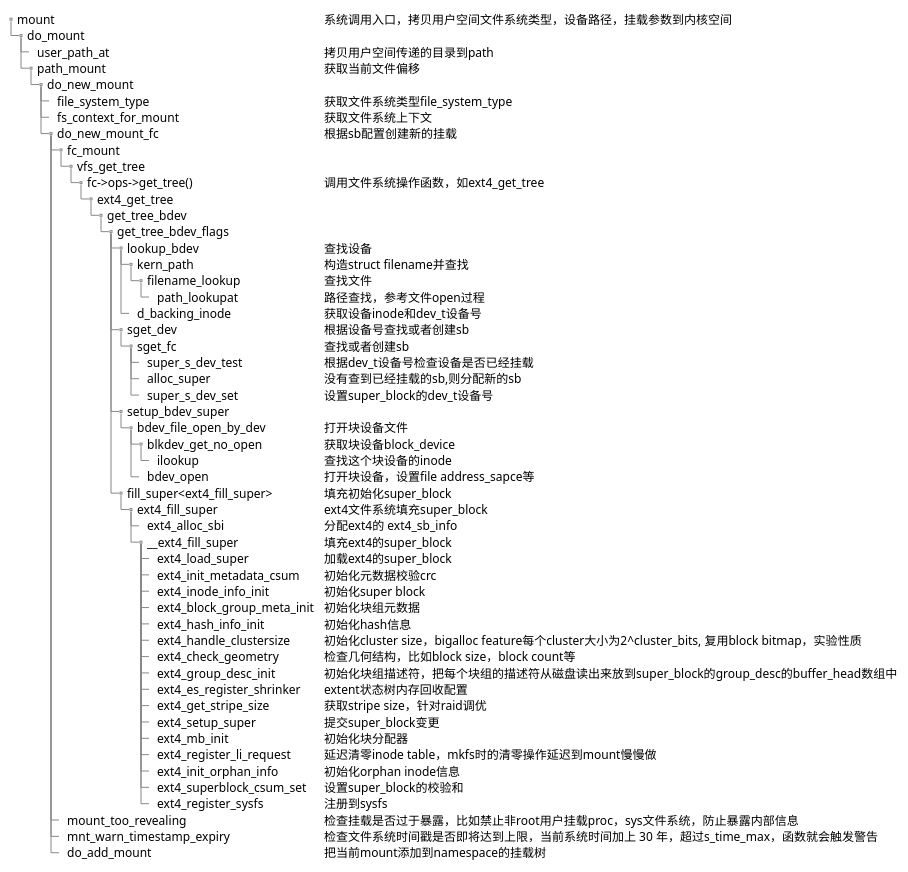
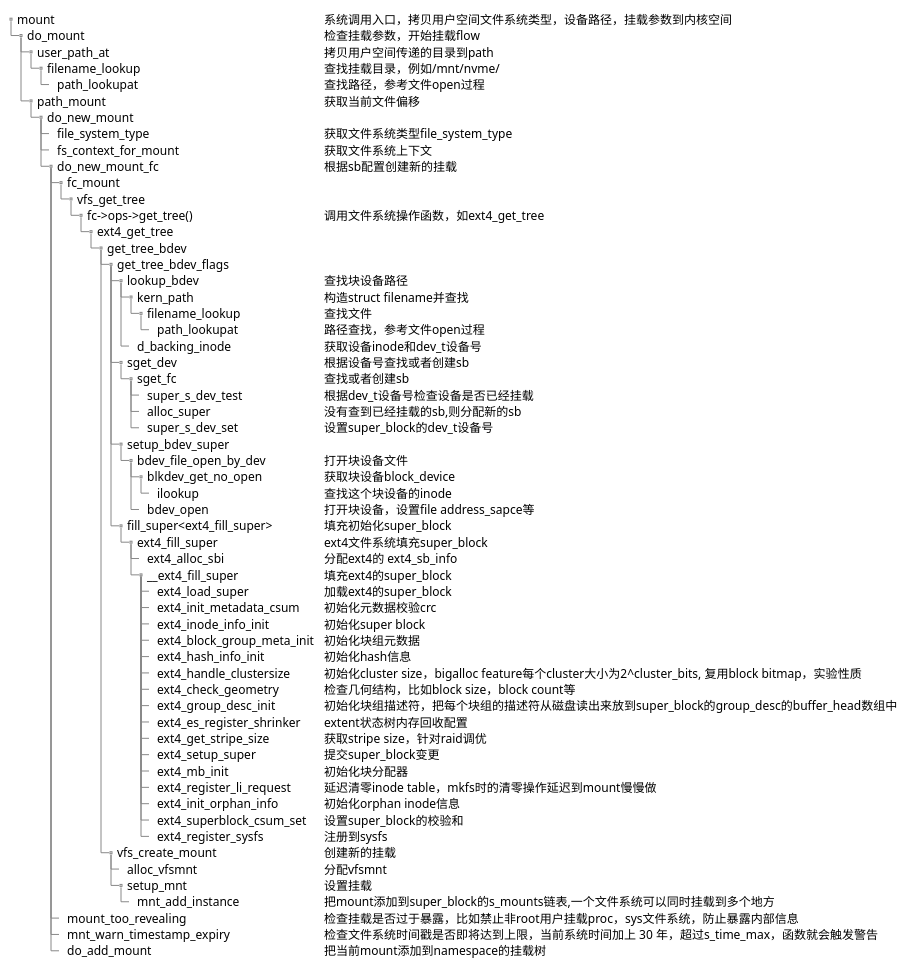
One commit to hml1006/linux-comment changed the fourth of 4 diagrams in notes/fs.md. Above: the diagram before and after it, drawn with PlantUML.

Commit message:
更新挂载文档

````diff
--- a/notes/fs.md
+++ b/notes/fs.md
@@ -413,60 +413,66 @@
 ```plantuml
 @startsalt
 {{T
 + mount | 系统调用入口，拷贝用户空间文件系统类型，设备路径，挂载参数到内核空间
-++ do_mount
+++ do_mount | 检查挂载参数，开始挂载flow
 +++ user_path_at    | 拷贝用户空间传递的目录到path
+++++ filename_lookup | 查找挂载目录，例如/mnt/nvme/
++++++ path_lookupat   | 查找路径，参考文件open过程
 +++ path_mount | 获取当前文件偏移
 ++++ do_new_mount
 +++++ file_system_type | 获取文件系统类型file_system_type
 +++++ fs_context_for_mount | 获取文件系统上下文
 +++++ do_new_mount_fc   | 根据sb配置创建新的挂载
 ++++++ fc_mount
 +++++++ vfs_get_tree
 ++++++++ fc->ops->get_tree()    | 调用文件系统操作函数，如ext4_get_tree
 +++++++++ ext4_get_tree
 ++++++++++ get_tree_bdev
 +++++++++++ get_tree_bdev_flags
-++++++++++++ lookup_bdev    | 查找设备
+++++++++++++ lookup_bdev    | 查找块设备路径
 +++++++++++++ kern_path | 构造struct filename并查找
 ++++++++++++++ filename_lookup | 查找文件
 +++++++++++++++ path_lookupat | 路径查找，参考文件open过程
 +++++++++++++ d_backing_inode | 获取设备inode和dev_t设备号
 ++++++++++++ sget_dev       | 根据设备号查找或者创建sb
 +++++++++++++ sget_fc       | 查找或者创建sb
 ++++++++++++++ super_s_dev_test | 根据dev_t设备号检查设备是否已经挂载
 ++++++++++++++ alloc_super | 没有查到已经挂载的sb,则分配新的sb
 ++++++++++++++ super_s_dev_set | 设置super_block的dev_t设备号
 ++++++++++++ setup_bdev_super
 +++++++++++++ bdev_file_open_by_dev | 打开块设备文件
 ++++++++++++++ blkdev_get_no_open   | 获取块设备block_device
 +++++++++++++++ ilookup  | 查找这个块设备的inode
 ++++++++++++++ bdev_open    | 打开块设备，设置file address_sapce等
 ++++++++++++ fill_super<ext4_fill_super> | 填充初始化super_block
 +++++++++++++ ext4_fill_super   | ext4文件系统填充super_block
 ++++++++++++++ ext4_alloc_sbi | 分配ext4的 ext4_sb_info
 ++++++++++++++ __ext4_fill_super | 填充ext4的super_block
 +++++++++++++++ ext4_load_super | 加载ext4的super_block
 +++++++++++++++ ext4_init_metadata_csum | 初始化元数据校验crc
 +++++++++++++++ ext4_inode_info_init    | 初始化super block
 +++++++++++++++ ext4_block_group_meta_init | 初始化块组元数据
 +++++++++++++++ ext4_hash_info_init | 初始化hash信息
 +++++++++++++++ ext4_handle_clustersize | 初始化cluster size，bigalloc feature每个cluster大小为2^cluster_bits, 复用block bitmap，实验性质
 +++++++++++++++ ext4_check_geometry | 检查几何结构，比如block size，block count等
 +++++++++++++++ ext4_group_desc_init | 初始化块组描述符，把每个块组的描述符从磁盘读出来放到super_block的group_desc的buffer_head数组中
 +++++++++++++++ ext4_es_register_shrinker | extent状态树内存回收配置
 +++++++++++++++ ext4_get_stripe_size | 获取stripe size，针对raid调优
 +++++++++++++++ ext4_setup_super | 提交super_block变更
 +++++++++++++++ ext4_mb_init | 初始化块分配器
 +++++++++++++++ ext4_register_li_request | 延迟清零inode table，mkfs时的清零操作延迟到mount慢慢做
 +++++++++++++++ ext4_init_orphan_info | 初始化orphan inode信息
 +++++++++++++++ ext4_superblock_csum_set | 设置super_block的校验和
 +++++++++++++++ ext4_register_sysfs | 注册到sysfs
++++++++++++ vfs_create_mount | 创建新的挂载
+++++++++++++ alloc_vfsmnt | 分配vfsmnt
+++++++++++++ setup_mnt | 设置挂载
++++++++++++++ mnt_add_instance | 把mount添加到super_block的s_mounts链表,一个文件系统可以同时挂载到多个地方
 ++++++ mount_too_revealing  | 检查挂载是否过于暴露，比如禁止非root用户挂载proc，sys文件系统，防止暴露内部信息
 ++++++ mnt_warn_timestamp_expiry    | 检查文件系统时间戳是否即将达到上限，当前系统时间加上 30 年，超过s_time_max，函数就会触发警告
 ++++++ do_add_mount | 把当前mount添加到namespace的挂载树
 }}
 
 
 @endsalt
 ```
````
